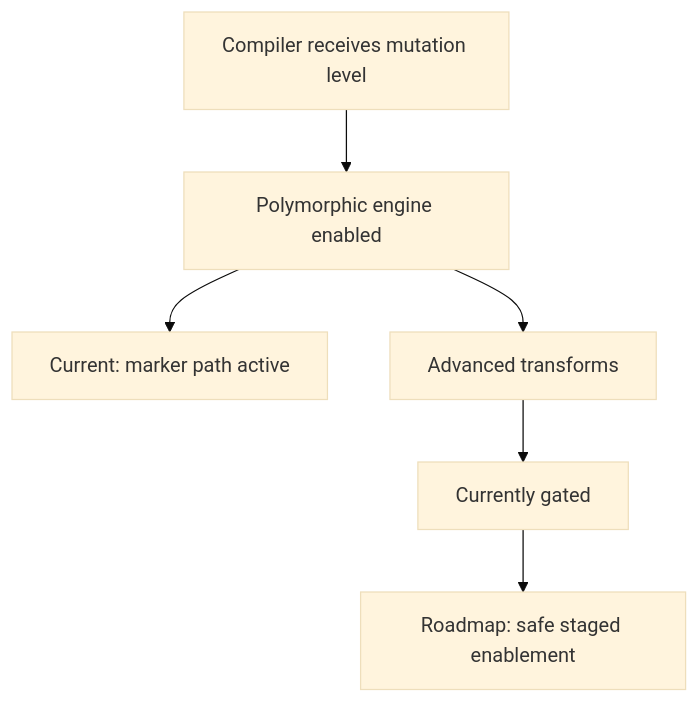
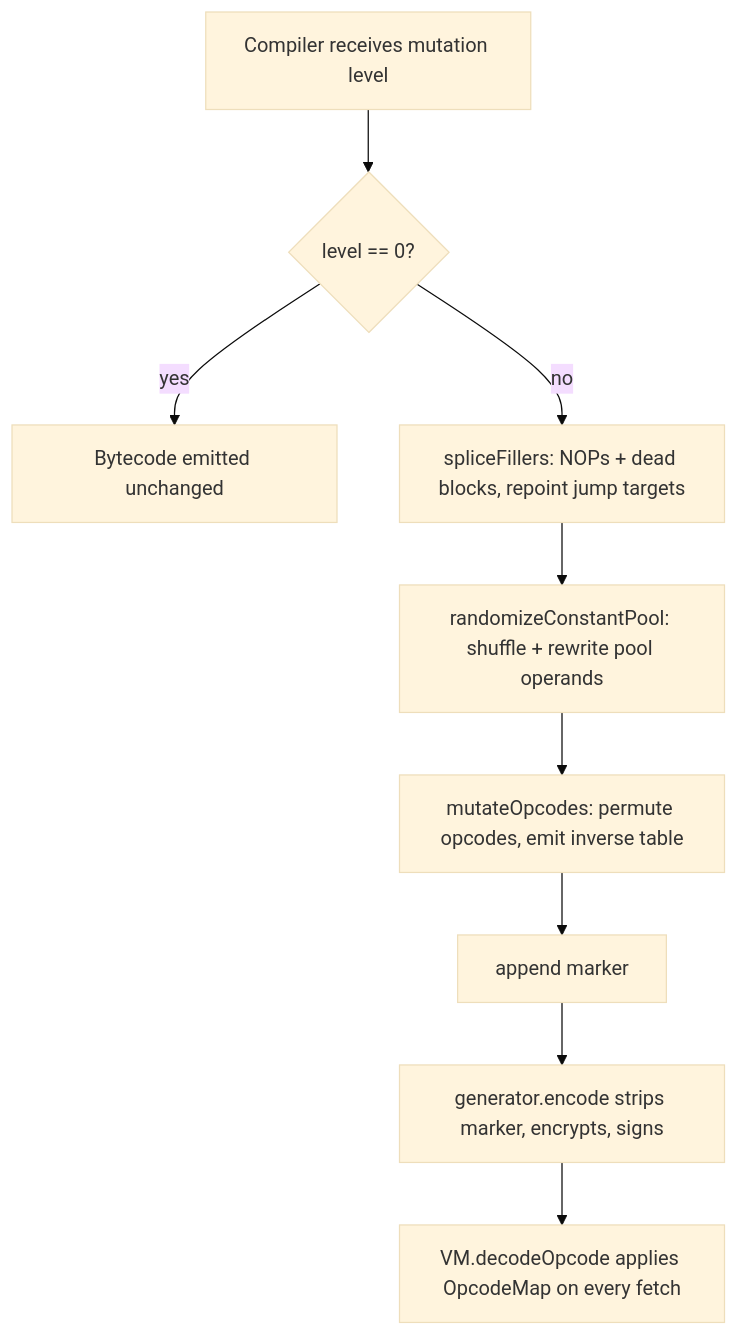
The diagram in docs/POLYMORPHIC_BYTECODE_LLD.md (aoiflux/mudocs), drawn with Mermaid (base theme) before and after one commit. The commit also changed other lines of this file and 11 other files, not shown here.

````diff
--- a/docs/POLYMORPHIC_BYTECODE_LLD.md
+++ b/docs/POLYMORPHIC_BYTECODE_LLD.md
@@ -76,8 +166,11 @@
 ```mermaid
 flowchart TD
-    A[Compiler receives mutation level] --> B[Polymorphic engine enabled]
-    B --> C[Current: marker path active]
-    B --> D[Advanced transforms]
-    D --> E[Currently gated]
-    E --> F[Roadmap: safe staged enablement]
+    A[Compiler receives mutation level] --> B{level == 0?}
+    B -->|yes| Z[Bytecode emitted unchanged]
+    B -->|no| C[spliceFillers: NOPs + dead blocks, repoint jump targets]
+    C --> D[randomizeConstantPool: shuffle + rewrite pool operands]
+    D --> E[mutateOpcodes: permute opcodes, emit inverse table]
+    E --> F[append marker]
+    F --> G[generator.encode strips marker, encrypts, signs]
+    G --> H[VM.decodeOpcode applies OpcodeMap on every fetch]
 ```
````
